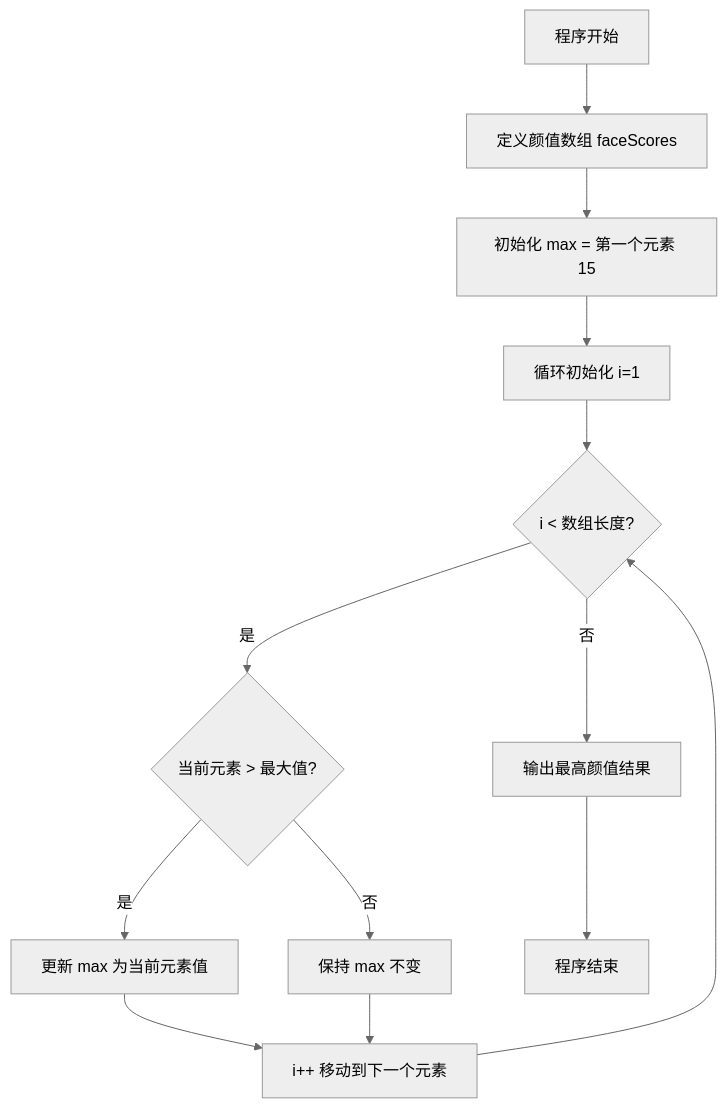
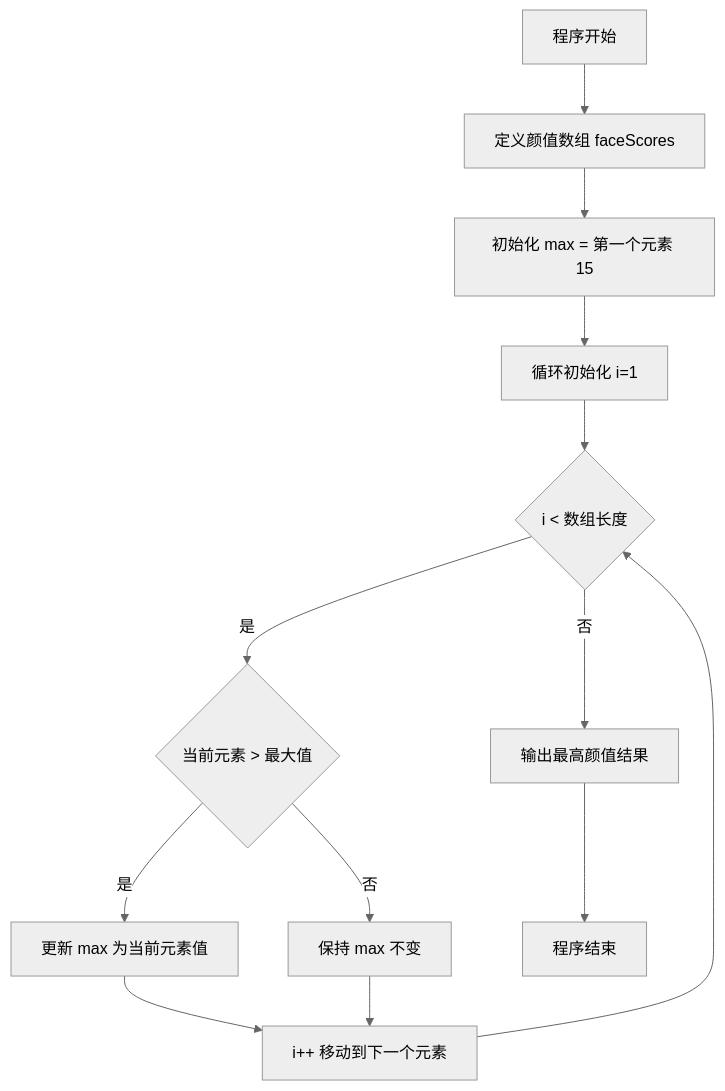
Before and after one commit to XingJi-love/XingJi-blog-plume: the third of 6 diagrams in docs/Java/数组.md, drawn with Mermaid (neutral theme). The commit also changed other lines of this file, not shown here.

````diff
--- a/docs/Java/数组.md
+++ b/docs/Java/数组.md
@@ -765,18 +765,18 @@
 ```mermaid
 flowchart TD
     A[程序开始] --> B[定义颜值数组 faceScores]
     B --> C[初始化 max = 第一个元素 15]
     C --> D[循环初始化 i=1]
-    D --> E{i < 数组长度?}
+    D --> E{i < 数组长度}
     
-    E -- 是 --> F{当前元素 > 最大值?}
+    E -- 是 --> F{当前元素 > 最大值}
     F -- 是 --> G[更新 max 为当前元素值]
     F -- 否 --> H[保持 max 不变]
     
     G --> I[i++ 移动到下一个元素]
     H --> I
     I --> E
     
     E -- 否 --> J[输出最高颜值结果]
     J --> K[程序结束]
 ```
````
